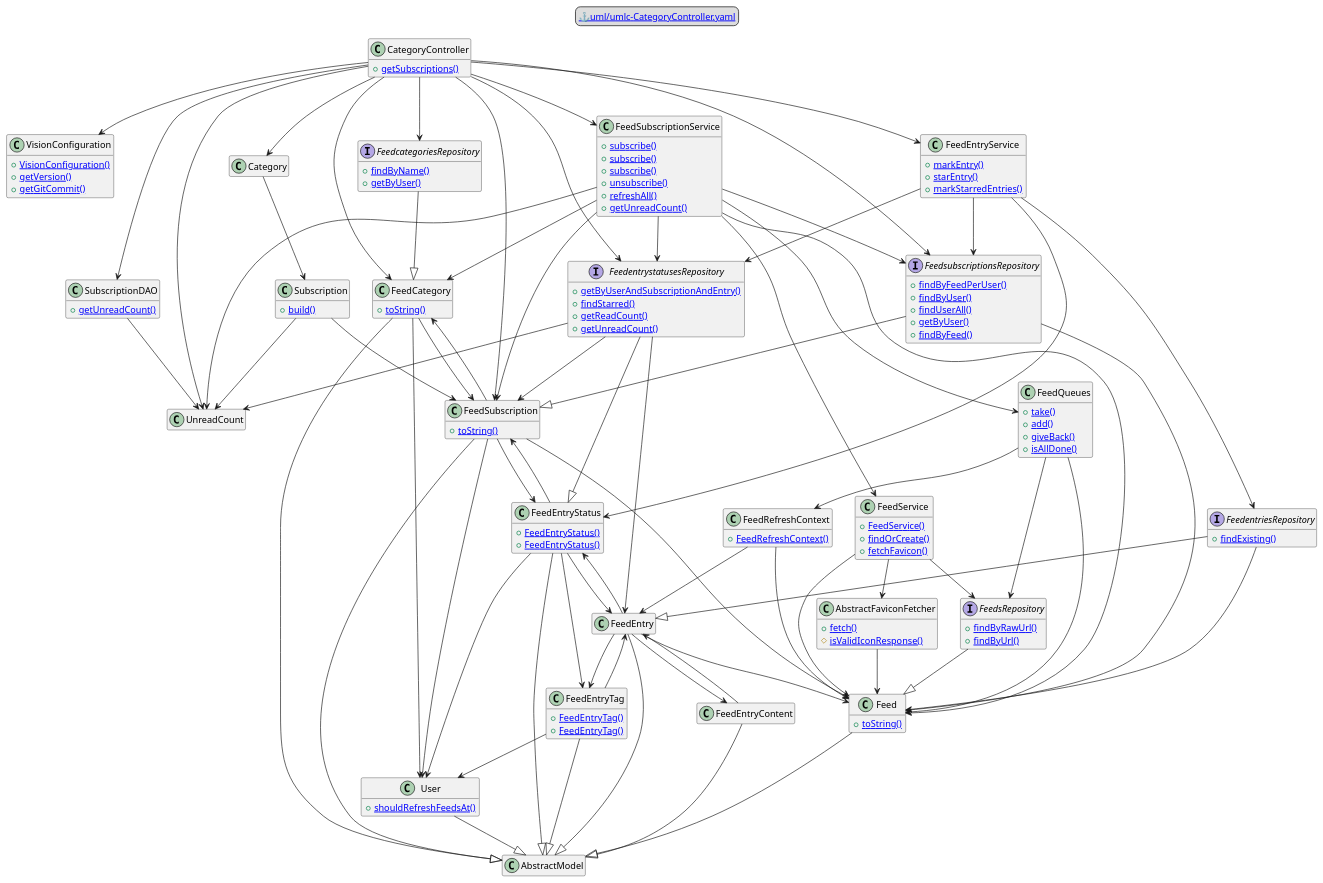
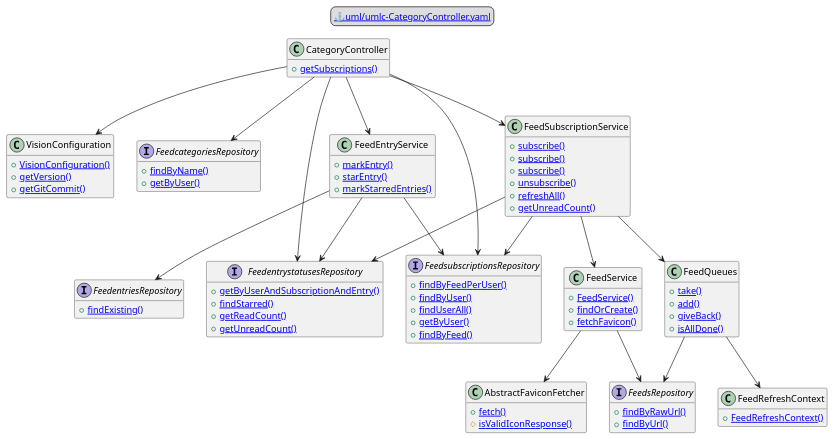
One commit to petercai/Vision changed the diagram in uml/plantuml/umlc-CategoryController.puml. Above: the diagram before and after it, drawn with PlantUML. The commit also changed 6 other files, not shown here.

Commit message:
v2 of PlantUML and generation instruction files

```diff
--- a/uml/plantuml/umlc-CategoryController.puml
+++ b/uml/plantuml/umlc-CategoryController.puml
@@ -1,185 +1,100 @@
 @startuml umlc-CategoryController_Depth3
 ' Generated by uml-gen  © Peppermint
 ' https://github.com/petercai/uml-gen-java
 ' https://github.com/petercai/Vision/tree/master/uml
 ' https://github.com/petercai/Vision
 ' 
 ' Optimized for viewing with VS Code + UMLMark © Peppermint
 ' https://github.com/petercai/vscode-umlmark
 ' 
 ' Eclipse alternative: UMLMark © Peppermint
 ' https://github.com/petercai/UMLMark-release
 ' https://marketplace.eclipse.org/content/umlmark
 legend top center
   [[uml/umlc-CategoryController.yaml:1 ⚓uml/umlc-CategoryController.yaml]]
 end legend
 top to bottom direction
 hide empty members
 
 class VisionConfiguration [[src/main/java/cai/peter/vision/common/VisionConfiguration.java:21]] {
   + [[src/main/java/cai/peter/vision/common/VisionConfiguration.java:31 VisionConfiguration()]]
   + [[src/main/java/cai/peter/vision/common/VisionConfiguration.java:55 getVersion()]]
   + [[src/main/java/cai/peter/vision/common/VisionConfiguration.java:59 getGitCommit()]]
 }
 class AbstractFaviconFetcher [[src/main/java/cai/peter/vision/favicon/AbstractFaviconFetcher.java:13]] {
   + [[src/main/java/cai/peter/vision/favicon/AbstractFaviconFetcher.java:22 fetch()]]
   # [[src/main/java/cai/peter/vision/favicon/AbstractFaviconFetcher.java:24 isValidIconResponse()]]
 }
 class FeedQueues [[src/main/java/cai/peter/vision/feed/FeedQueues.java:23]] {
   + [[src/main/java/cai/peter/vision/feed/FeedQueues.java:39 take()]]
   + [[src/main/java/cai/peter/vision/feed/FeedQueues.java:52 add()]]
   + [[src/main/java/cai/peter/vision/feed/FeedQueues.java:115 giveBack()]]
   + [[src/main/java/cai/peter/vision/feed/FeedQueues.java:131 isAllDone()]]
 }
 class FeedRefreshContext [[src/main/java/cai/peter/vision/feed/FeedRefreshContext.java:10]] {
   + [[src/main/java/cai/peter/vision/feed/FeedRefreshContext.java:17 FeedRefreshContext()]]
-}
-class SubscriptionDAO [[src/main/java/cai/peter/vision/persistence/dao/SubscriptionDAO.java:18]] {
-  + [[src/main/java/cai/peter/vision/persistence/dao/SubscriptionDAO.java:45 getUnreadCount()]]
-}
-class AbstractModel [[src/main/java/cai/peter/vision/persistence/entity/AbstractModel.java:18]]
-class Feed [[src/main/java/cai/peter/vision/persistence/entity/Feed.java:14]] {
-  + [[src/main/java/cai/peter/vision/persistence/entity/Feed.java:124 toString()]]
-}
-class FeedCategory [[src/main/java/cai/peter/vision/persistence/entity/FeedCategory.java:16]] {
-  + [[src/main/java/cai/peter/vision/persistence/entity/FeedCategory.java:43 toString()]]
-}
-class FeedEntry [[src/main/java/cai/peter/vision/persistence/entity/FeedEntry.java:21]]
-class FeedEntryContent [[src/main/java/cai/peter/vision/persistence/entity/FeedEntryContent.java:14]]
-class FeedEntryStatus [[src/main/java/cai/peter/vision/persistence/entity/FeedEntryStatus.java:20]] {
-  + [[src/main/java/cai/peter/vision/persistence/entity/FeedEntryStatus.java:59 FeedEntryStatus()]]
-  + [[src/main/java/cai/peter/vision/persistence/entity/FeedEntryStatus.java:63 FeedEntryStatus()]]
-}
-class FeedEntryTag [[src/main/java/cai/peter/vision/persistence/entity/FeedEntryTag.java:13]] {
-  + [[src/main/java/cai/peter/vision/persistence/entity/FeedEntryTag.java:31 FeedEntryTag()]]
-  + [[src/main/java/cai/peter/vision/persistence/entity/FeedEntryTag.java:34 FeedEntryTag()]]
-}
-class FeedSubscription [[src/main/java/cai/peter/vision/persistence/entity/FeedSubscription.java:17]] {
-  + [[src/main/java/cai/peter/vision/persistence/entity/FeedSubscription.java:32 toString()]]
-}
-class User [[src/main/java/cai/peter/vision/persistence/entity/User.java:17]] {
-  + [[src/main/java/cai/peter/vision/persistence/entity/User.java:58 shouldRefreshFeedsAt()]]
 }
 interface FeedcategoriesRepository [[src/main/java/cai/peter/vision/persistence/repository/FeedcategoriesRepository.java:20]] {
   + [[src/main/java/cai/peter/vision/persistence/repository/FeedcategoriesRepository.java:22 findByName()]]
   + [[src/main/java/cai/peter/vision/persistence/repository/FeedcategoriesRepository.java:26 getByUser()]]
 }
 interface FeedentriesRepository [[src/main/java/cai/peter/vision/persistence/repository/FeedentriesRepository.java:21]] {
   + [[src/main/java/cai/peter/vision/persistence/repository/FeedentriesRepository.java:23 findExisting()]]
 }
 interface FeedentrystatusesRepository [[src/main/java/cai/peter/vision/persistence/repository/FeedentrystatusesRepository.java:26]] {
   + [[src/main/java/cai/peter/vision/persistence/repository/FeedentrystatusesRepository.java:30 getByUserAndSubscriptionAndEntry()]]
   + [[src/main/java/cai/peter/vision/persistence/repository/FeedentrystatusesRepository.java:33 findStarred()]]
   + [[src/main/java/cai/peter/vision/persistence/repository/FeedentrystatusesRepository.java:36 getReadCount()]]
   + [[src/main/java/cai/peter/vision/persistence/repository/FeedentrystatusesRepository.java:40 getUnreadCount()]]
 }
 interface FeedsRepository [[src/main/java/cai/peter/vision/persistence/repository/FeedsRepository.java:21]] {
   + [[src/main/java/cai/peter/vision/persistence/repository/FeedsRepository.java:24 findByRawUrl()]]
   + [[src/main/java/cai/peter/vision/persistence/repository/FeedsRepository.java:26 findByUrl()]]
 }
 interface FeedsubscriptionsRepository [[src/main/java/cai/peter/vision/persistence/repository/FeedsubscriptionsRepository.java:20]] {
   + [[src/main/java/cai/peter/vision/persistence/repository/FeedsubscriptionsRepository.java:22 findByFeedPerUser()]]
   + [[src/main/java/cai/peter/vision/persistence/repository/FeedsubscriptionsRepository.java:26 findByUser()]]
   + [[src/main/java/cai/peter/vision/persistence/repository/FeedsubscriptionsRepository.java:29 findUserAll()]]
   + [[src/main/java/cai/peter/vision/persistence/repository/FeedsubscriptionsRepository.java:32 getByUser()]]
   + [[src/main/java/cai/peter/vision/persistence/repository/FeedsubscriptionsRepository.java:34 findByFeed()]]
 }
 class FeedEntryService [[src/main/java/cai/peter/vision/persistence/service/FeedEntryService.java:15]] {
   + [[src/main/java/cai/peter/vision/persistence/service/FeedEntryService.java:26 markEntry()]]
   + [[src/main/java/cai/peter/vision/persistence/service/FeedEntryService.java:44 starEntry()]]
   + [[src/main/java/cai/peter/vision/persistence/service/FeedEntryService.java:67 markStarredEntries()]]
 }
 class FeedService [[src/main/java/cai/peter/vision/persistence/service/FeedService.java:19]] {
   + [[src/main/java/cai/peter/vision/persistence/service/FeedService.java:29 FeedService()]]
   + [[src/main/java/cai/peter/vision/persistence/service/FeedService.java:43 findOrCreate()]]
   + [[src/main/java/cai/peter/vision/persistence/service/FeedService.java:57 fetchFavicon()]]
 }
 class FeedSubscriptionService [[src/main/java/cai/peter/vision/persistence/service/FeedSubscriptionService.java:21]] {
   + [[src/main/java/cai/peter/vision/persistence/service/FeedSubscriptionService.java:39 subscribe()]]
   + [[src/main/java/cai/peter/vision/persistence/service/FeedSubscriptionService.java:43 subscribe()]]
   + [[src/main/java/cai/peter/vision/persistence/service/FeedSubscriptionService.java:47 subscribe()]]
   + [[src/main/java/cai/peter/vision/persistence/service/FeedSubscriptionService.java:75 unsubscribe()]]
   + [[src/main/java/cai/peter/vision/persistence/service/FeedSubscriptionService.java:86 refreshAll()]]
   + [[src/main/java/cai/peter/vision/persistence/service/FeedSubscriptionService.java:94 getUnreadCount()]]
 }
 class CategoryController [[src/main/java/cai/peter/vision/rest/api/CategoryController.java:40]] {
   + [[src/main/java/cai/peter/vision/rest/api/CategoryController.java:88 getSubscriptions()]]
 }
-class Category [[src/main/java/cai/peter/vision/rest/dto/Category.java:9]]
-class Subscription [[src/main/java/cai/peter/vision/rest/dto/Subscription.java:11]] {
-  + [[src/main/java/cai/peter/vision/rest/dto/Subscription.java:15 build()]]
-}
-class UnreadCount [[src/main/java/cai/peter/vision/rest/dto/UnreadCount.java:10]]
 
-AbstractFaviconFetcher --> Feed
 FeedQueues --> FeedsRepository
 FeedQueues --> FeedRefreshContext
-FeedQueues --> Feed
-FeedRefreshContext --> Feed
-FeedRefreshContext --> FeedEntry
-SubscriptionDAO --> UnreadCount
-Feed --|> AbstractModel
-FeedCategory --|> AbstractModel
-FeedCategory --> User
-FeedCategory --> FeedSubscription
-FeedEntry --|> AbstractModel
-FeedEntry --> Feed
-FeedEntry --> FeedEntryContent
-FeedEntry --> FeedEntryStatus
-FeedEntry --> FeedEntryTag
-FeedEntryContent --|> AbstractModel
-FeedEntryContent --> FeedEntry
-FeedEntryStatus --|> AbstractModel
-FeedEntryStatus --> FeedSubscription
-FeedEntryStatus --> FeedEntry
-FeedEntryStatus --> FeedEntryTag
-FeedEntryStatus --> User
-FeedEntryTag --|> AbstractModel
-FeedEntryTag --> User
-FeedEntryTag --> FeedEntry
-FeedSubscription --|> AbstractModel
-FeedSubscription --> User
-FeedSubscription --> Feed
-FeedSubscription --> FeedCategory
-FeedSubscription --> FeedEntryStatus
-User --|> AbstractModel
-FeedcategoriesRepository --|> FeedCategory
-FeedentriesRepository --|> FeedEntry
-FeedentriesRepository --> Feed
-FeedentrystatusesRepository --|> FeedEntryStatus
-FeedentrystatusesRepository --> FeedSubscription
-FeedentrystatusesRepository --> FeedEntry
-FeedentrystatusesRepository --> UnreadCount
-FeedsRepository --|> Feed
-FeedsubscriptionsRepository --|> FeedSubscription
-FeedsubscriptionsRepository --> Feed
 FeedEntryService --> FeedsubscriptionsRepository
 FeedEntryService --> FeedentriesRepository
 FeedEntryService --> FeedentrystatusesRepository
-FeedEntryService --> FeedEntryStatus
 FeedService --> FeedsRepository
 FeedService --> AbstractFaviconFetcher
-FeedService --> Feed
 FeedSubscriptionService --> FeedentrystatusesRepository
 FeedSubscriptionService --> FeedsubscriptionsRepository
 FeedSubscriptionService --> FeedService
 FeedSubscriptionService --> FeedQueues
-FeedSubscriptionService --> Feed
-FeedSubscriptionService --> FeedCategory
-FeedSubscriptionService --> UnreadCount
-FeedSubscriptionService --> FeedSubscription
 CategoryController --> FeedcategoriesRepository
 CategoryController --> FeedentrystatusesRepository
 CategoryController --> FeedsubscriptionsRepository
 CategoryController --> FeedEntryService
 CategoryController --> FeedSubscriptionService
-CategoryController --> SubscriptionDAO
 CategoryController --> VisionConfiguration
-CategoryController --> Category
-CategoryController --> FeedCategory
-CategoryController --> FeedSubscription
-CategoryController --> UnreadCount
-Category --> Subscription
-Subscription --> FeedSubscription
-Subscription --> UnreadCount
 @enduml
```
